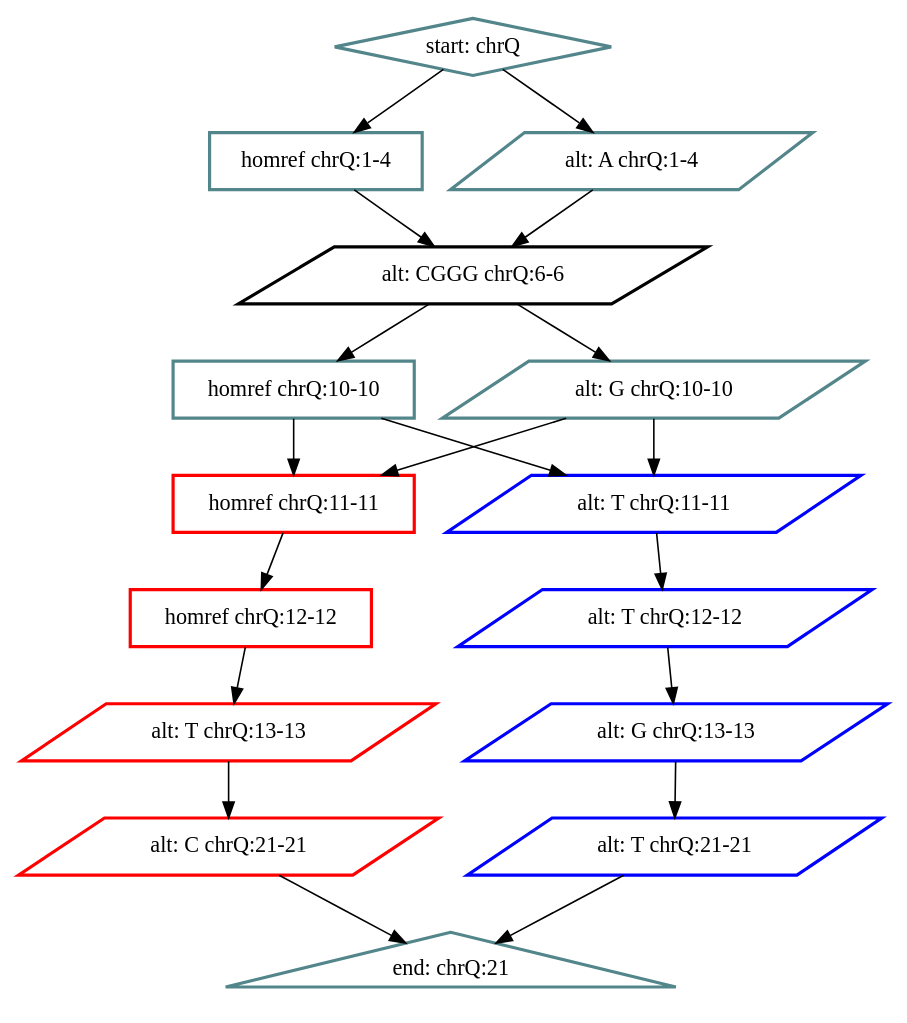
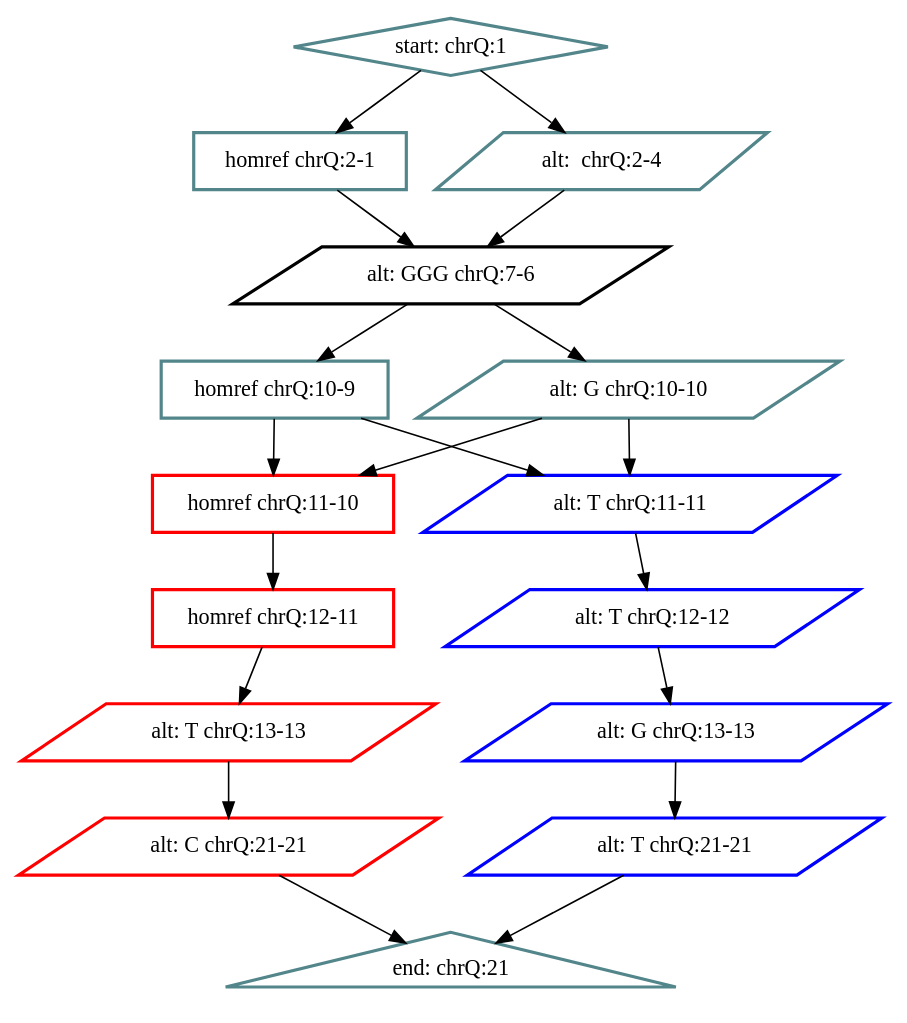
One commit to Illumina/hap.py changed the diagram in src/data/expected_refgraph.dot. Above: the diagram before and after it, drawn with Graphviz. The commit also changed 56 other files, not shown here.

```diff
--- a/src/data/expected_refgraph.dot
+++ b/src/data/expected_refgraph.dot
@@ -1,36 +1,36 @@
 digraph G { 
-node_0  [label="start: chrQ", shape=diamond, penwidth=2, color=cadetblue4] ;
-node_1  [label="homref chrQ:1-4", shape=box, penwidth=2, color=cadetblue4] ;
-node_2  [label="alt: A chrQ:1-4", shape=parallelogram, penwidth=2, color=cadetblue4] ;
-node_3  [label="alt: CGGG chrQ:6-6", shape=parallelogram, penwidth=2, color=black] ;
-node_4  [label="homref chrQ:10-10", shape=box, penwidth=2, color=cadetblue4] ;
+node_0  [label="start: chrQ:1", shape=diamond, penwidth=2, color=cadetblue4] ;
+node_1  [label="homref chrQ:2-1", shape=box, penwidth=2, color=cadetblue4] ;
+node_2  [label="alt:  chrQ:2-4", shape=parallelogram, penwidth=2, color=cadetblue4] ;
+node_3  [label="alt: GGG chrQ:7-6", shape=parallelogram, penwidth=2, color=black] ;
+node_4  [label="homref chrQ:10-9", shape=box, penwidth=2, color=cadetblue4] ;
 node_5  [label="alt: G chrQ:10-10", shape=parallelogram, penwidth=2, color=cadetblue4] ;
-node_6  [label="homref chrQ:11-11", shape=box, penwidth=2, color=red] ;
+node_6  [label="homref chrQ:11-10", shape=box, penwidth=2, color=red] ;
 node_7  [label="alt: T chrQ:11-11", shape=parallelogram, penwidth=2, color=blue] ;
-node_8  [label="homref chrQ:12-12", shape=box, penwidth=2, color=red] ;
+node_8  [label="homref chrQ:12-11", shape=box, penwidth=2, color=red] ;
 node_9  [label="alt: T chrQ:12-12", shape=parallelogram, penwidth=2, color=blue] ;
 node_10  [label="alt: T chrQ:13-13", shape=parallelogram, penwidth=2, color=red] ;
 node_11  [label="alt: G chrQ:13-13", shape=parallelogram, penwidth=2, color=blue] ;
 node_12  [label="alt: C chrQ:21-21", shape=parallelogram, penwidth=2, color=red] ;
 node_13  [label="alt: T chrQ:21-21", shape=parallelogram, penwidth=2, color=blue] ;
 node_14  [label="end: chrQ:21", shape=triangle, penwidth=2, color=cadetblue4] ;
 
 node_0 -> node_1 [] ;
 node_0 -> node_2 [] ;
 node_1 -> node_3 [] ;
 node_2 -> node_3 [] ;
 node_3 -> node_4 [] ;
 node_3 -> node_5 [] ;
 node_4 -> node_6 [] ;
 node_4 -> node_7 [] ;
 node_5 -> node_6 [] ;
 node_5 -> node_7 [] ;
 node_6 -> node_8 [] ;
 node_7 -> node_9 [] ;
 node_8 -> node_10 [] ;
 node_9 -> node_11 [] ;
 node_10 -> node_12 [] ;
 node_11 -> node_13 [] ;
 node_12 -> node_14 [] ;
 node_13 -> node_14 [] ;
 }
```
